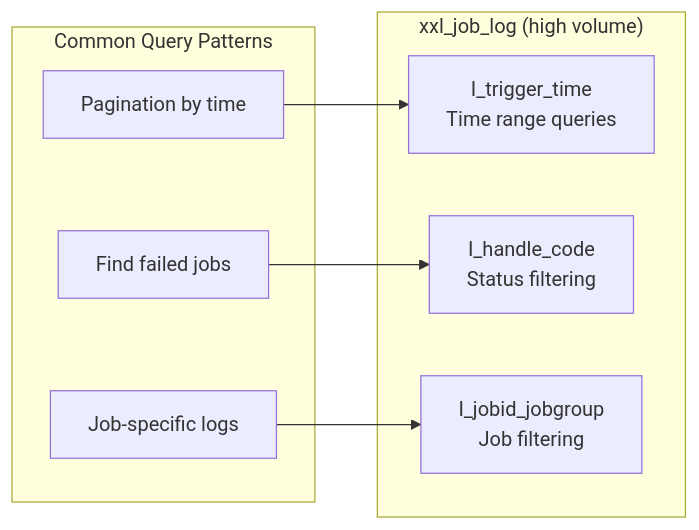
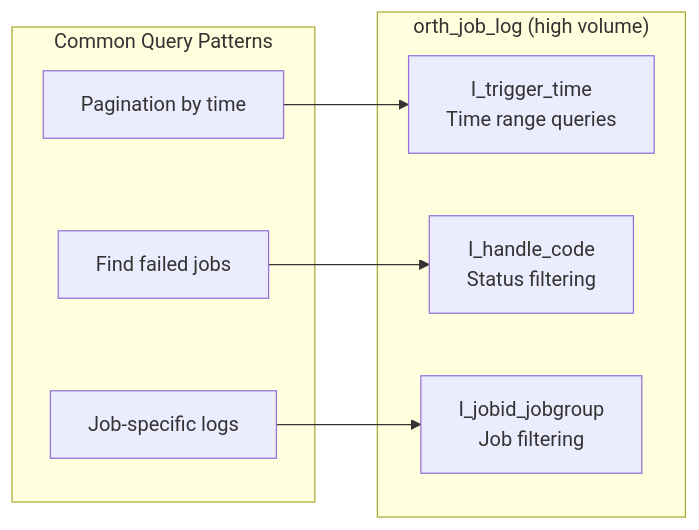
Before and after one commit to zombie12138/orth: the third of 9 diagrams in arch/06-database-layer.md, drawn with Mermaid. The commit also changed other lines of this file and 576 other files, not shown here.

First line of the commit message:
refactor: rename xxl-job → orth across entire project

````diff
--- a/arch/06-database-layer.md
+++ b/arch/06-database-layer.md
@@ -95,18 +95,18 @@
 ```mermaid
 flowchart LR
-    subgraph LogTable["xxl_job_log (high volume)"]
+    subgraph LogTable["orth_job_log (high volume)"]
         I1["I_trigger_time<br/>Time range queries"]
         I2["I_handle_code<br/>Status filtering"]
         I3["I_jobid_jobgroup<br/>Job filtering"]
     end
     
     subgraph Queries["Common Query Patterns"]
         Q1["Pagination by time"]
         Q2["Find failed jobs"]
         Q3["Job-specific logs"]
     end
     
     Q1 --> I1
     Q2 --> I2
     Q3 --> I3
 ```
````
